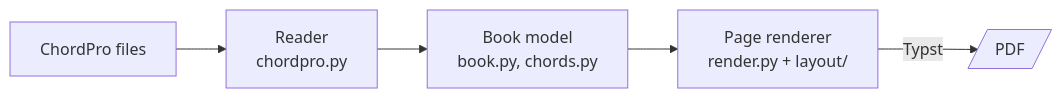
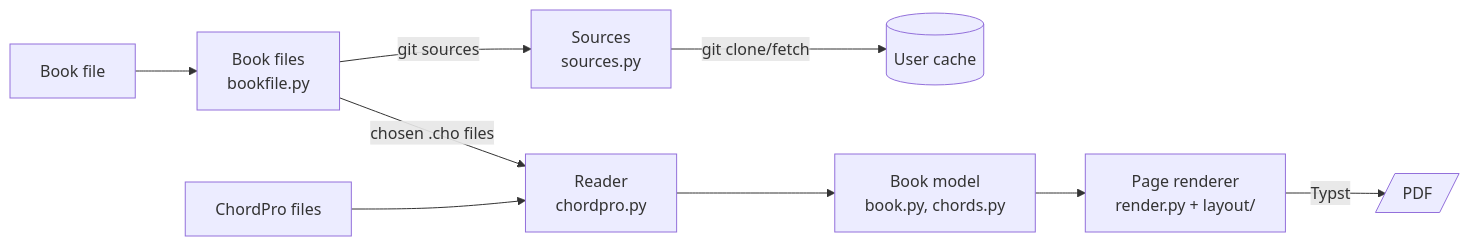
Before and after one commit to sam-tmts/strum-book: the second of 2 diagrams in docs/architecture.md, drawn with Mermaid. The commit also changed other lines of this file and 7 other files, not shown here.

First line of the commit message:
Document book files; make christmas builds from books/christmas.book.toml

````diff
--- a/docs/architecture.md
+++ b/docs/architecture.md
@@ -25,7 +27,11 @@
 ```mermaid
 flowchart LR
+    toml[Book file] --> bookfile[Book files<br>bookfile.py]
+    bookfile -- git sources --> sources[Sources<br>sources.py]
+    sources -- git clone/fetch --> cache[(User cache)]
+    bookfile -- chosen .cho files --> reader
     cho[ChordPro files] --> reader[Reader<br>chordpro.py]
     reader --> model[Book model<br>book.py, chords.py]
     model --> renderer[Page renderer<br>render.py + layout/]
     renderer -- Typst --> pdf[/PDF/]
 ```
````
